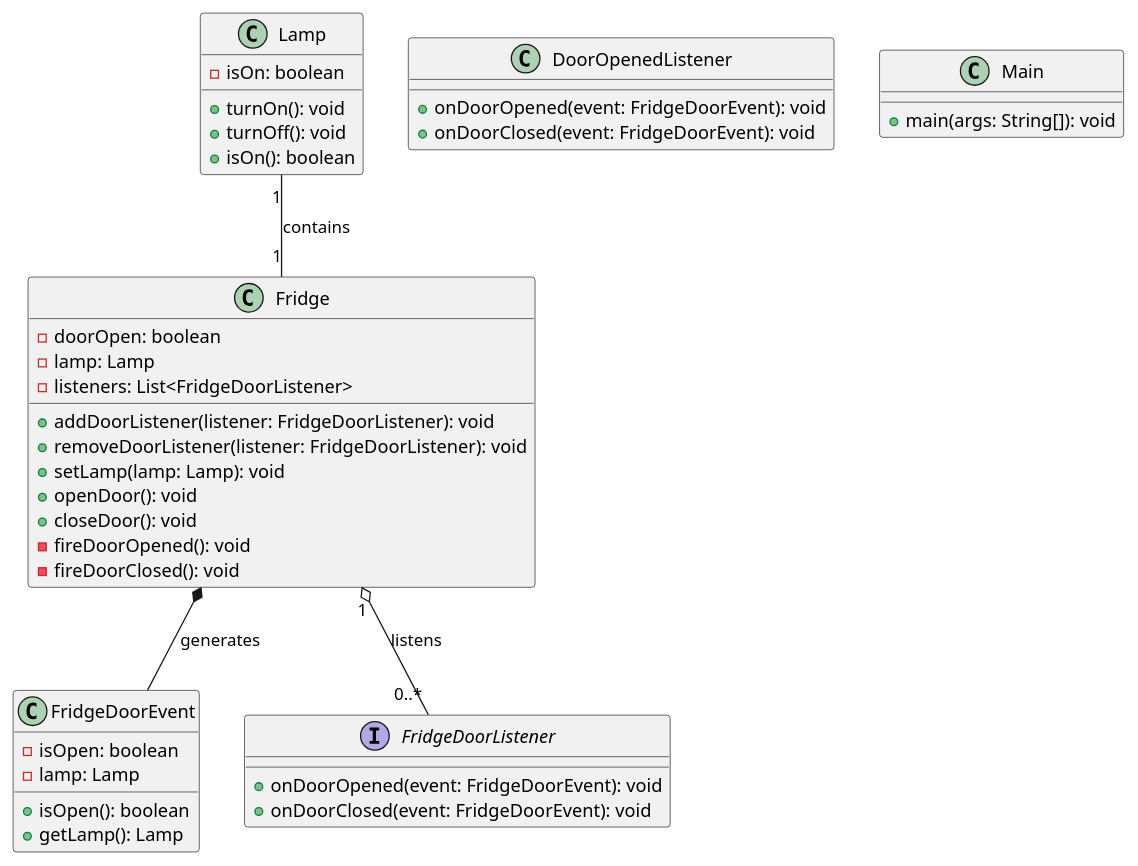
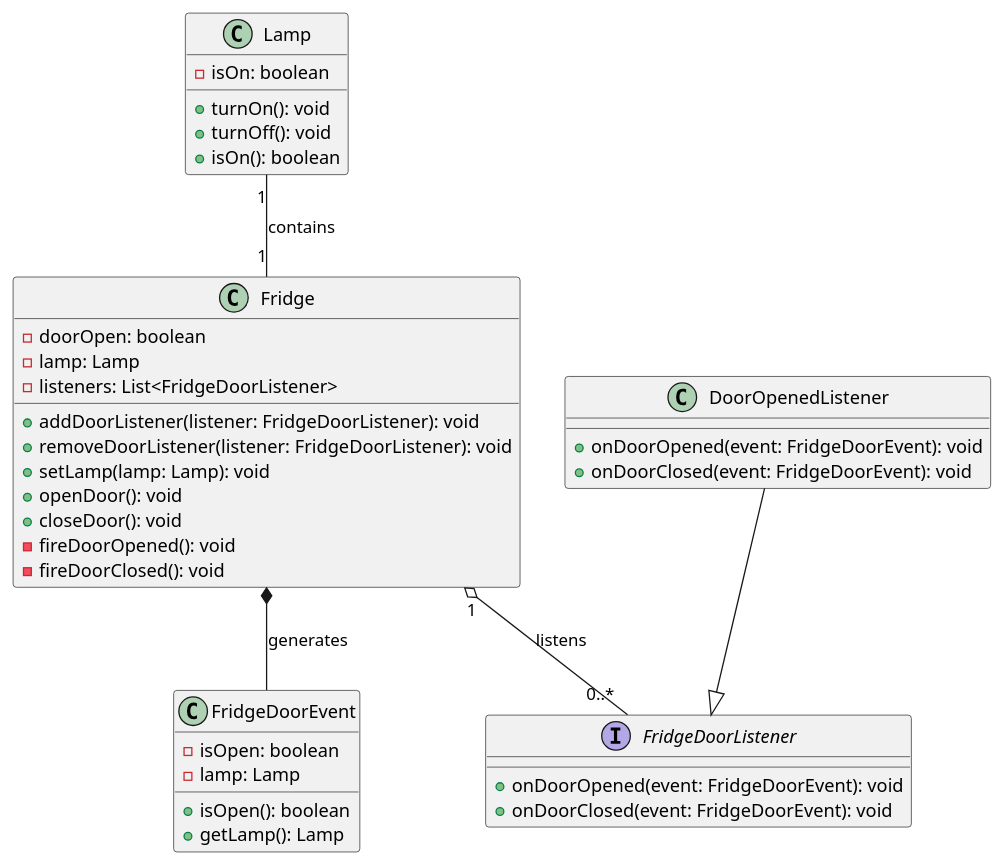
One commit to valentynliubchenko/DesignPatternGof changed the diagram in listener/src/main/java/com/valentyn/listenerFridge.puml. Above: the diagram before and after it, drawn with PlantUML.

Commit message:
Added listener

```diff
--- a/listener/src/main/java/com/valentyn/listenerFridge.puml
+++ b/listener/src/main/java/com/valentyn/listenerFridge.puml
@@ -1,48 +1,45 @@
 @startuml
 
 class Lamp {
     - isOn: boolean
     + turnOn(): void
     + turnOff(): void
     + isOn(): boolean
 }
 
 class Fridge {
     - doorOpen: boolean
     - lamp: Lamp
     - listeners: List<FridgeDoorListener>
     + addDoorListener(listener: FridgeDoorListener): void
     + removeDoorListener(listener: FridgeDoorListener): void
     + setLamp(lamp: Lamp): void
     + openDoor(): void
     + closeDoor(): void
     - fireDoorOpened(): void
     - fireDoorClosed(): void
 }
 
 class FridgeDoorEvent {
     - isOpen: boolean
     - lamp: Lamp
     + isOpen(): boolean
     + getLamp(): Lamp
 }
 
 interface FridgeDoorListener {
     + onDoorOpened(event: FridgeDoorEvent): void
     + onDoorClosed(event: FridgeDoorEvent): void
 }
 
 class DoorOpenedListener {
     + onDoorOpened(event: FridgeDoorEvent): void
     + onDoorClosed(event: FridgeDoorEvent): void
 }
 
-class Main {
-    + main(args: String[]): void
-}
-
 Lamp "1" -- "1" Fridge : contains
 Fridge "1" o-- "0..*" FridgeDoorListener : listens
 Fridge *-- FridgeDoorEvent : generates
+DoorOpenedListener --|> FridgeDoorListener
 
 @enduml
```
